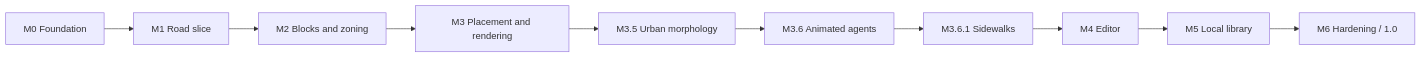
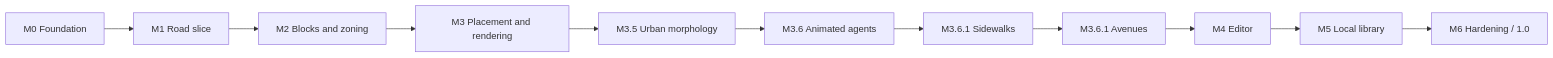
The diagram in docs/ROADMAP.md (Canni-DEV/city), drawn with Mermaid before and after one commit. The commit also changed other lines of this file and 23 other files, not shown here.

````diff
--- a/docs/ROADMAP.md
+++ b/docs/ROADMAP.md
@@ -3,4 +3,4 @@
 ```mermaid
 flowchart LR
-  M0["M0 Foundation"] --> M1["M1 Road slice"] --> M2["M2 Blocks and zoning"] --> M3["M3 Placement and rendering"] --> M35["M3.5 Urban morphology"] --> M36["M3.6 Animated agents"] --> M361["M3.6.1 Sidewalks"] --> M4["M4 Editor"] --> M5["M5 Local library"] --> M6["M6 Hardening / 1.0"]
+  M0["M0 Foundation"] --> M1["M1 Road slice"] --> M2["M2 Blocks and zoning"] --> M3["M3 Placement and rendering"] --> M35["M3.5 Urban morphology"] --> M36["M3.6 Animated agents"] --> M361["M3.6.1 Sidewalks"] --> M361A["M3.6.1 Avenues"] --> M4["M4 Editor"] --> M5["M5 Local library"] --> M6["M6 Hardening / 1.0"]
 ```
````
